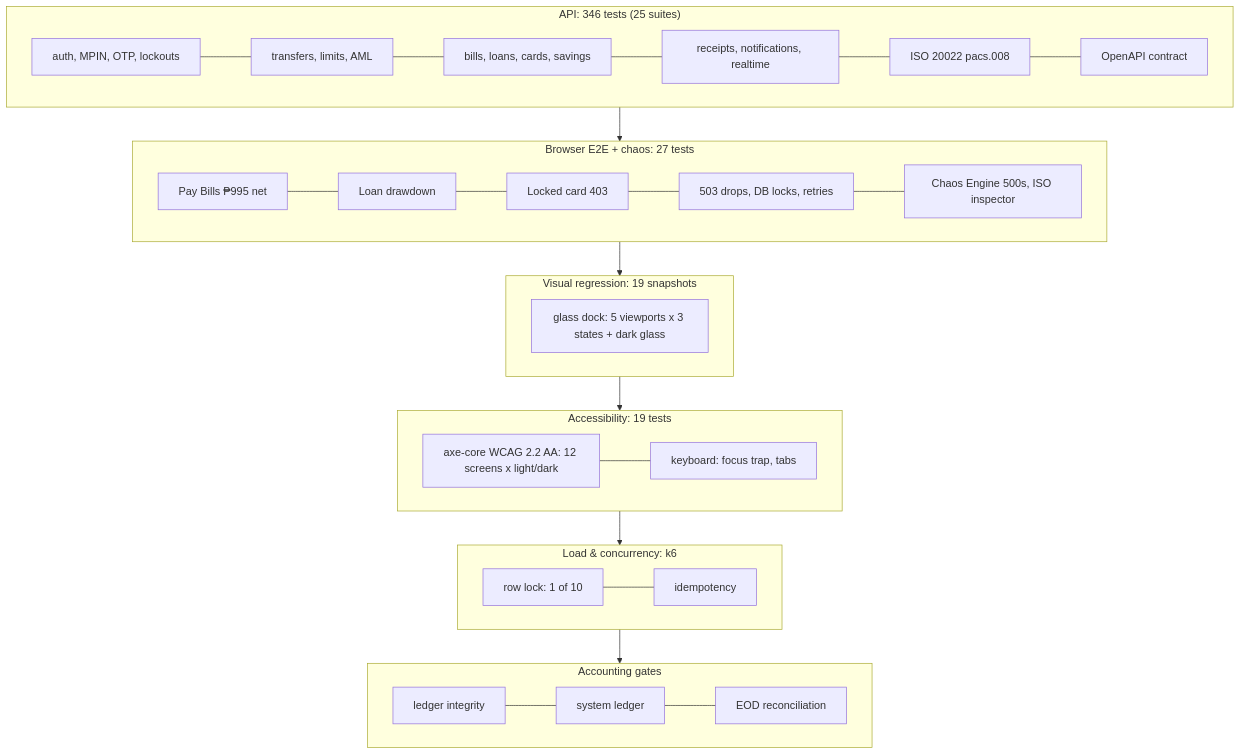
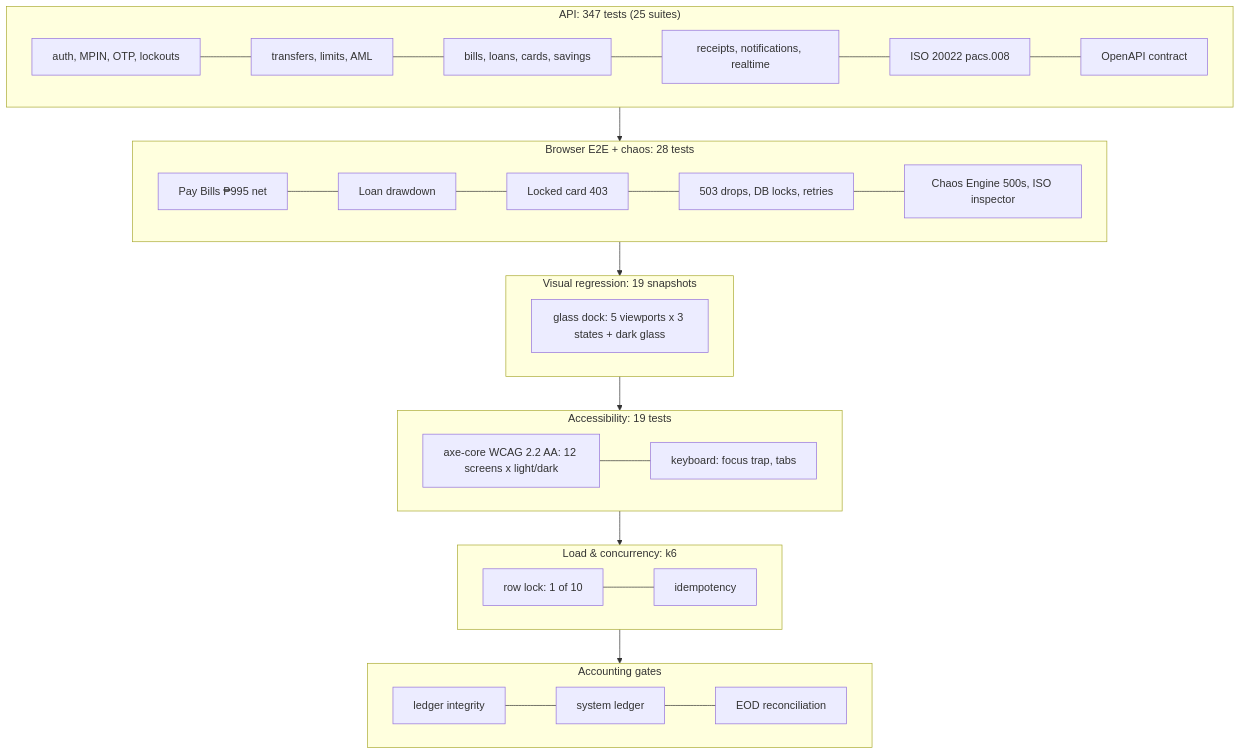
The first of 3 diagrams in README.md (brylleopada77/PayPulse), drawn with Mermaid before and after one commit. The commit also changed other lines of this file and 10 other files, not shown here.

````diff
--- a/README.md
+++ b/README.md
@@ -52,24 +52,24 @@
 ```mermaid
 flowchart TB
-  subgraph L1["API: 346 tests (25 suites)"]
+  subgraph L1["API: 347 tests (25 suites)"]
     a1[auth, MPIN, OTP, lockouts] --- a2[transfers, limits, AML]
     a2 --- a3[bills, loans, cards, savings]
     a3 --- a4[receipts, notifications, realtime] --- a5[ISO 20022 pacs.008] --- a6[OpenAPI contract]
   end
-  subgraph L2["Browser E2E + chaos: 27 tests"]
+  subgraph L2["Browser E2E + chaos: 28 tests"]
     b1[Pay Bills ₱995 net] --- b2[Loan drawdown] --- b3[Locked card 403] --- b4[503 drops, DB locks, retries] --- b5[Chaos Engine 500s, ISO inspector]
   end
   subgraph L3["Visual regression: 19 snapshots"]
     v1[glass dock: 5 viewports x 3 states + dark glass]
   end
   subgraph L3b["Accessibility: 19 tests"]
     x1[axe-core WCAG 2.2 AA: 12 screens x light/dark] --- x2[keyboard: focus trap, tabs]
   end
   subgraph L4["Load & concurrency: k6"]
     k1[row lock: 1 of 10] --- k2[idempotency]
   end
   subgraph L5["Accounting gates"]
     g1[ledger integrity] --- g2[system ledger] --- g3[EOD reconciliation]
   end
   L1 --> L2 --> L3 --> L3b --> L4 --> L5
 ```
````
